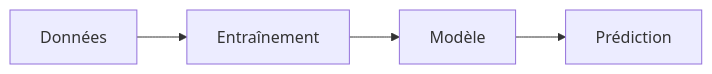
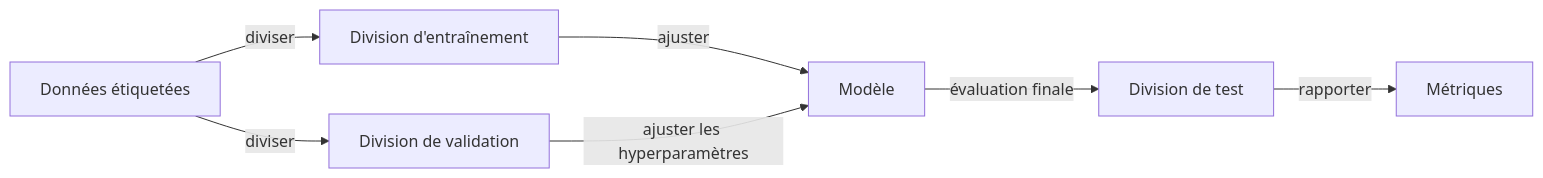
The diagram in i18n/fr/docusaurus-plugin-content-docs/current/fundamentals/machine-learning.md (EmersonBraun/ai-summary-hub), drawn with Mermaid before and after one commit. The commit also changed other lines of this file and 242 other files, not shown here.

````diff
--- a/i18n/fr/docusaurus-plugin-content-docs/current/fundamentals/machine-learning.md
+++ b/i18n/fr/docusaurus-plugin-content-docs/current/fundamentals/machine-learning.md
@@ -17,6 +21,9 @@
 ```mermaid
 flowchart LR
-  Data[Données] --> Train[Entraînement]
-  Train --> Model[Modèle]
-  Model --> Predict[Prédiction]
+  Data[Données étiquetées] -->|diviser| Train[Division d'entraînement]
+  Data -->|diviser| Val[Division de validation]
+  Train -->|ajuster| Model[Modèle]
+  Val -->|ajuster les hyperparamètres| Model
+  Model -->|évaluation finale| Test[Division de test]
+  Test -->|rapporter| Metrics[Métriques]
 ```
````
